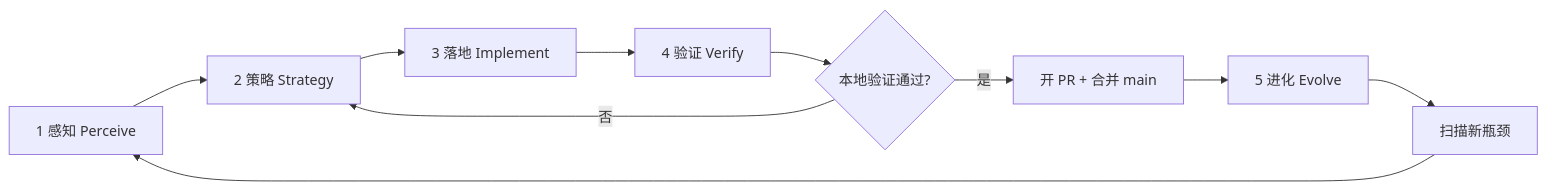
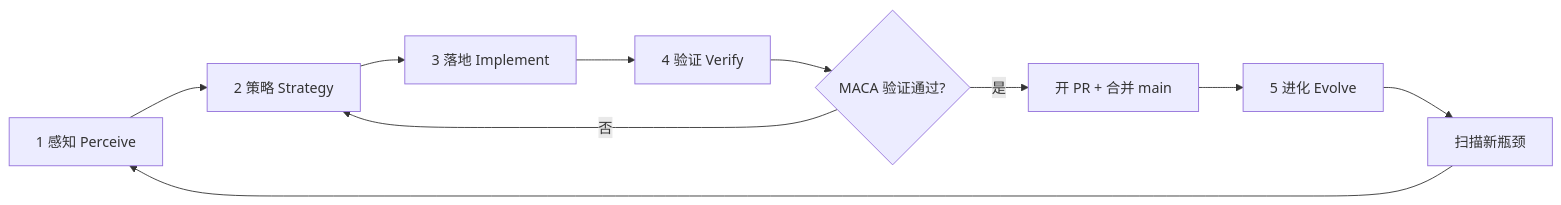
Before and after one commit to chenxingqiang/YiRage: the diagram in AGENTS.md, drawn with Mermaid. The commit also changed other lines of this file and 84 other files, not shown here.

````diff
--- a/AGENTS.md
+++ b/AGENTS.md
@@ -61,12 +192,12 @@
 ```mermaid
 flowchart LR
   P[1 感知 Perceive] --> S[2 策略 Strategy]
   S --> I[3 落地 Implement]
   I --> V[4 验证 Verify]
-  V --> M{本地验证通过?}
+  V --> M{MACA 验证通过?}
   M -->|否| S
   M -->|是| PR[开 PR + 合并 main]
   PR --> E[5 进化 Evolve]
   E --> N[扫描新瓶颈]
   N --> P
 ```
````
